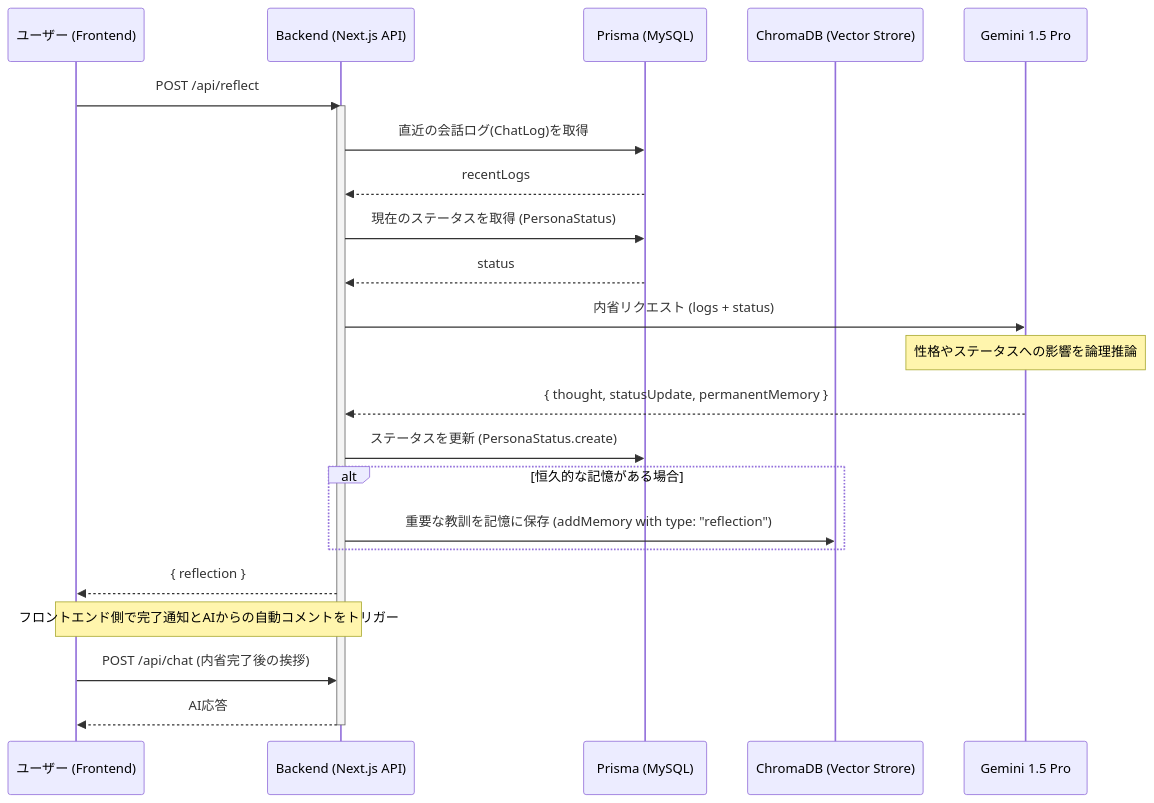
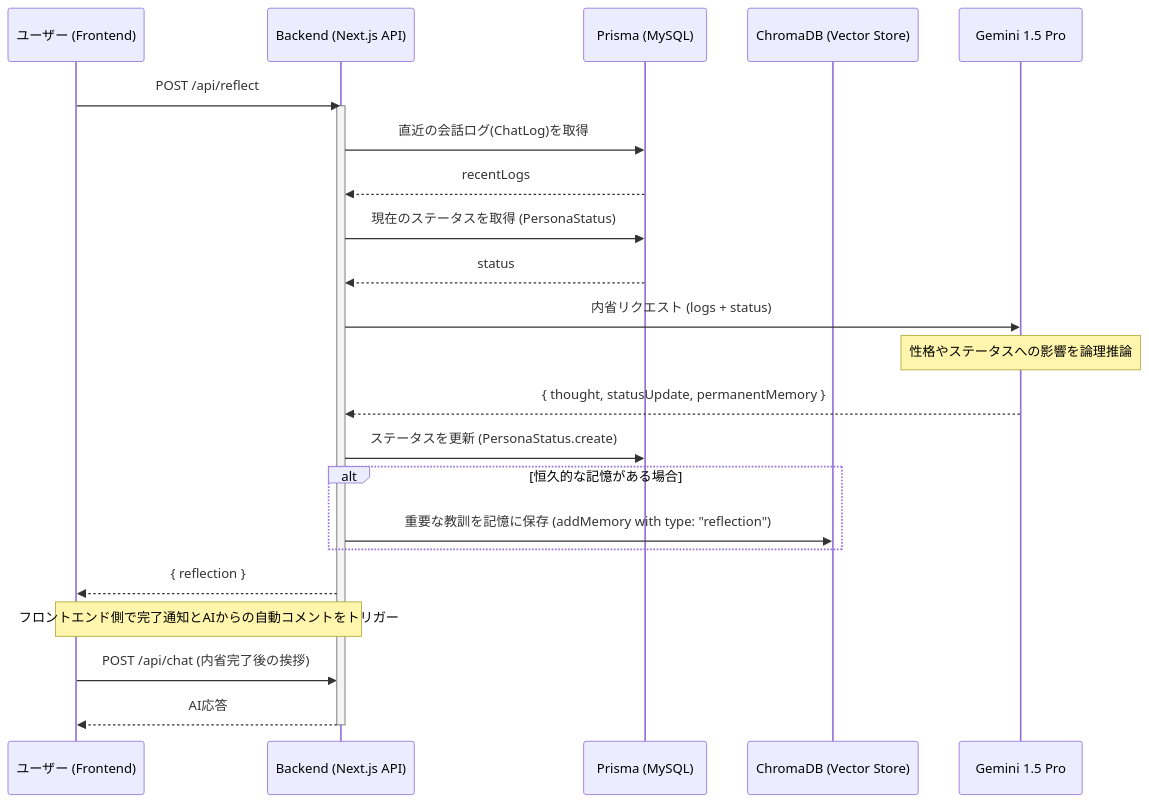
One commit to mshirai0327/self-reflection-chatbot changed the second of 2 diagrams in docs/sequence.md. Above: the diagram before and after it, drawn with Mermaid. The commit also changed other lines of this file and 2 other files, not shown here.

Commit message:
[fix] 軽微な修正

````diff
--- a/docs/sequence.md
+++ b/docs/sequence.md
@@ -40,34 +40,34 @@
 ```mermaid
 sequenceDiagram
     participant U as ユーザー (Frontend)
     participant B as Backend (Next.js API)
     participant P as Prisma (MySQL)
-    participant C as ChromaDB (Vector Strore)
+    participant C as ChromaDB (Vector Store)
     participant G as Gemini 1.5 Pro
 
     U->>B: POST /api/reflect
     
     activate B
     B->>P: 直近の会話ログ(ChatLog)を取得
     P-->>B: recentLogs
     
     B->>P: 現在のステータスを取得 (PersonaStatus)
     P-->>B: status
     
     B->>G: 内省リクエスト (logs + status)
     Note over G: 性格やステータスへの影響を論理推論
     G-->>B: { thought, statusUpdate, permanentMemory }
     
     B->>P: ステータスを更新 (PersonaStatus.create)
     
     alt 恒久的な記憶がある場合
         B->>C: 重要な教訓を記憶に保存 (addMemory with type: "reflection")
     end
     
     B-->>U: { reflection }
     
     Note over U, B: フロントエンド側で完了通知とAIからの自動コメントをトリガー
     U->>B: POST /api/chat (内省完了後の挨拶)
     B-->>U: AI応答
     deactivate B
 ```
````
